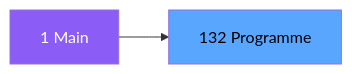
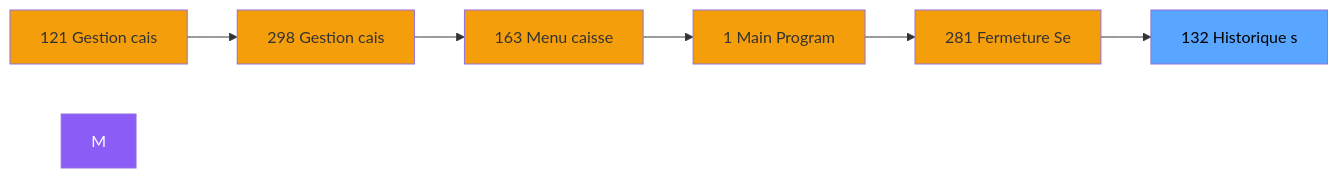
Before and after one commit to thonyAGP/magic-migration: the second of 3 diagrams in .openspec/specs/ADH-IDE-132.md, drawn with Mermaid. The commit also changed other lines of this file and 323 other files, not shown here.

````diff
--- a/.openspec/specs/ADH-IDE-132.md
+++ b/.openspec/specs/ADH-IDE-132.md
@@ -101,8 +108,21 @@
 ```mermaid
 graph LR
-    M[1 Main]
-    T[132 Programme]
-    M --> T
+    N121[121 Gestion cais]
+    N298[298 Gestion cais]
+    N163[163 Menu caisse ]
+    N1[1 Main Program]
+    N281[281 Fermeture Se]
+    T[132 Historique s]
+    N121 --> N298
+    N298 --> N163
+    N163 --> N1
+    N1 --> N281
+    N281 --> T
     style M fill:#8b5cf6,color:#fff
+    style N121 fill:#f59e0b
+    style N298 fill:#f59e0b
+    style N163 fill:#f59e0b
+    style N1 fill:#f59e0b
+    style N281 fill:#f59e0b
     style T fill:#58a6ff,color:#000
 ```
````
